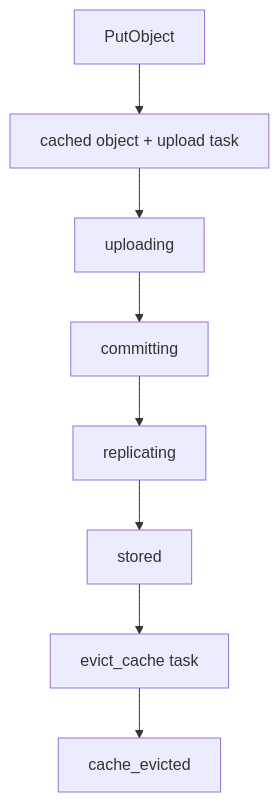
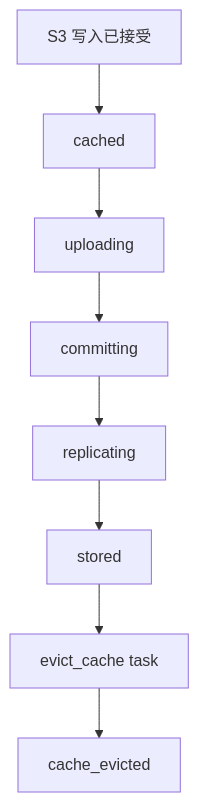
The diagram in docs/zh/concepts/filecoin-storage-flow.md (strahe/SynapS3), drawn with Mermaid before and after one commit. The commit also changed other lines of this file and 37 other files, not shown here.

````diff
--- a/docs/zh/concepts/filecoin-storage-flow.md
+++ b/docs/zh/concepts/filecoin-storage-flow.md
@@ -12,10 +12,10 @@
 ```mermaid
 flowchart TD
-  put["PutObject"] --> cached["cached object + upload task"]
+  put["S3 写入已接受"] --> cached["cached"]
   cached --> uploading["uploading"]
   uploading --> committing["committing"]
   committing --> replicating["replicating"]
   replicating --> stored["stored"]
   stored --> evict["evict_cache task"]
   evict --> evicted["cache_evicted"]
 ```
````
